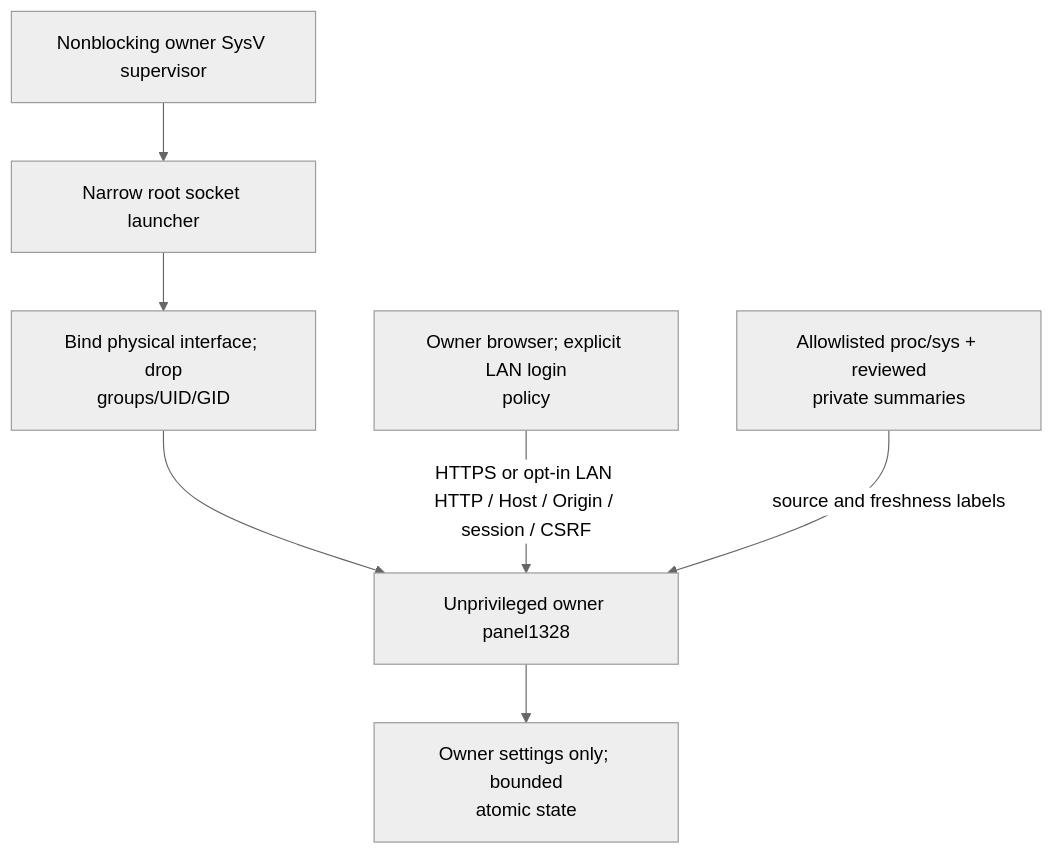
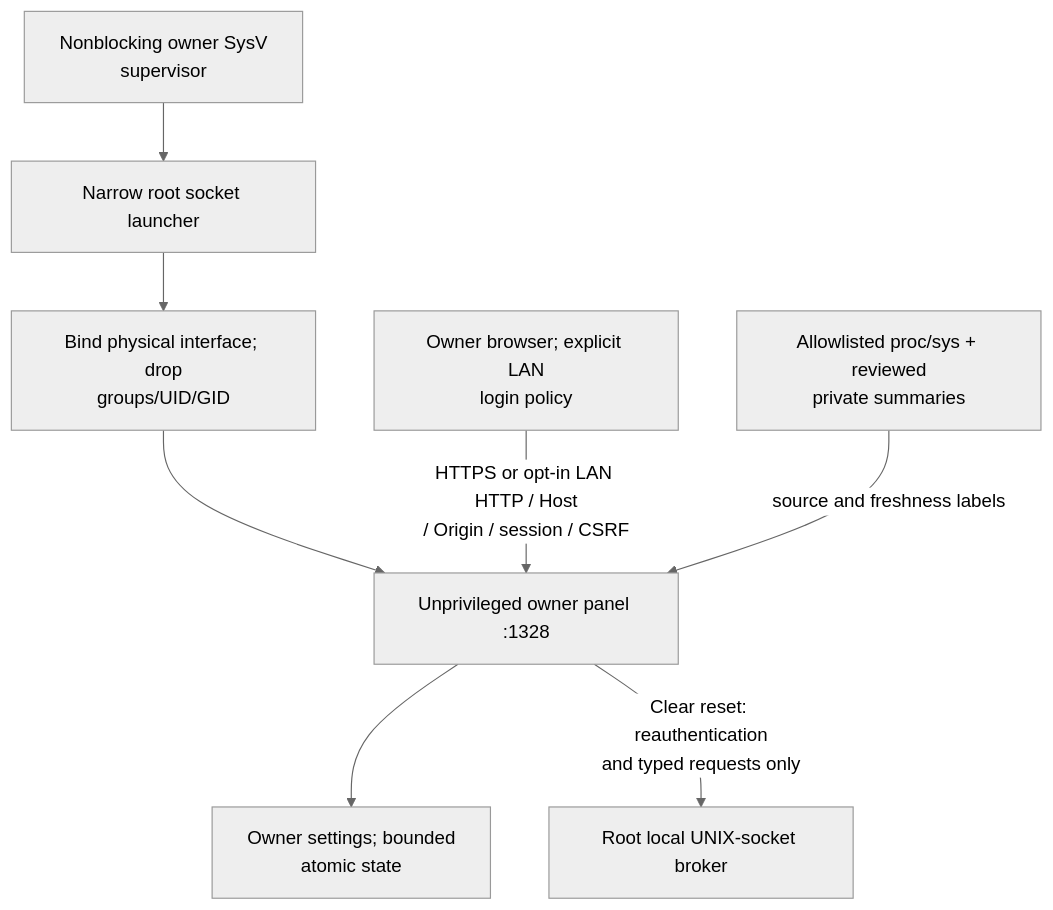
One commit to Zimbo88/form3-owner-root-source changed the diagram in docs/figures/08-panel-privilege.mmd. Above: the diagram before and after it, drawn with Mermaid (neutral theme). The commit also changed 69 other files, not shown here.

```diff
--- a/docs/figures/08-panel-privilege.mmd
+++ b/docs/figures/08-panel-privilege.mmd
@@ -1,14 +1,16 @@
 flowchart TD
-  sysv["Nonblocking owner SysV supervisor"]
+  sysv["Nonblocking owner SysV<br/>supervisor"]
   socket["Narrow root socket launcher"]
   drop["Bind physical interface; drop<br/>groups/UID/GID"]
-  panel["Unprivileged owner panel1328"]
-  browser["Owner browser; explicit LAN login<br/>policy"]
+  panel["Unprivileged owner panel :1328"]
+  browser["Owner browser; explicit LAN<br/>login policy"]
   inputs["Allowlisted proc/sys + reviewed<br/>private summaries"]
-  writes["Owner settings only; bounded<br/>atomic state"]
+  writes["Owner settings; bounded<br/>atomic state"]
+  broker["Root local UNIX-socket broker"]
   sysv --> socket
   socket --> drop
   drop --> panel
-  browser -->  |"HTTPS or opt-in LAN HTTP / Host / Origin / session / CSRF"| panel
-  inputs -->  |"source and freshness labels"| panel
+  browser --> |"HTTPS or opt-in LAN HTTP / Host<br/>/ Origin / session / CSRF"| panel
+  inputs --> |"source and freshness labels"| panel
   panel --> writes
+  panel --> |"Clear reset: reauthentication<br/>and typed requests only"| broker
```
